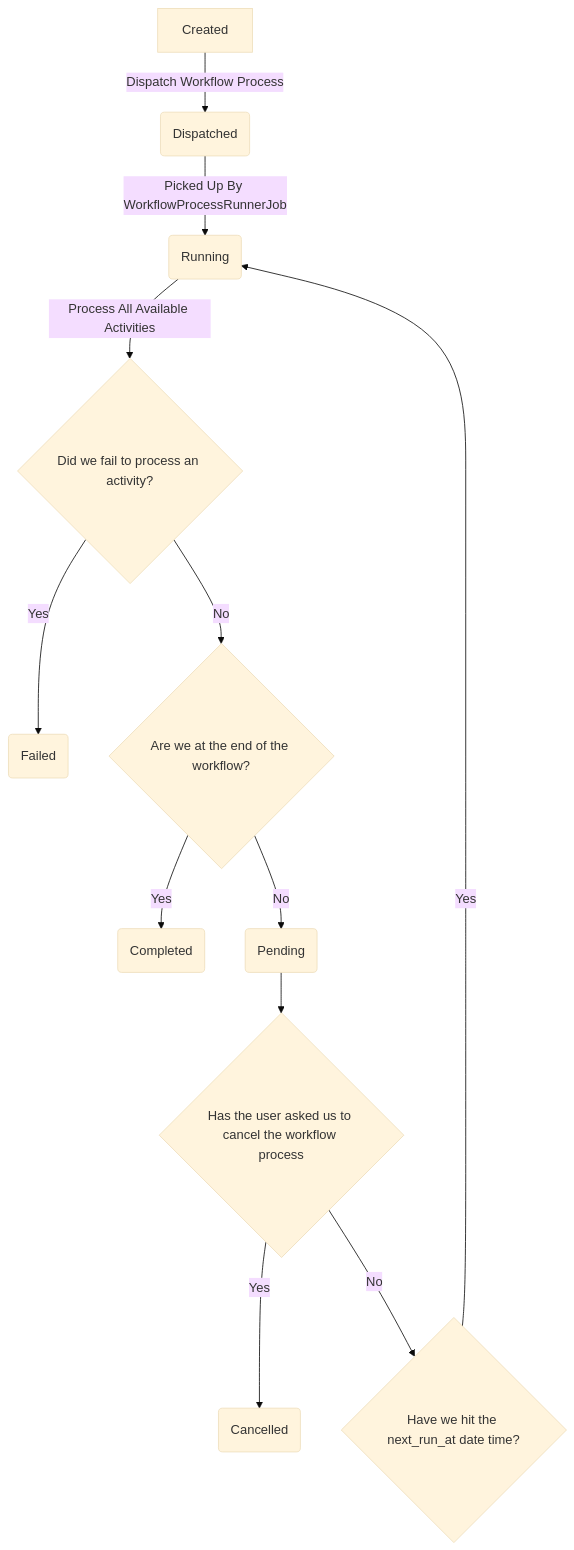
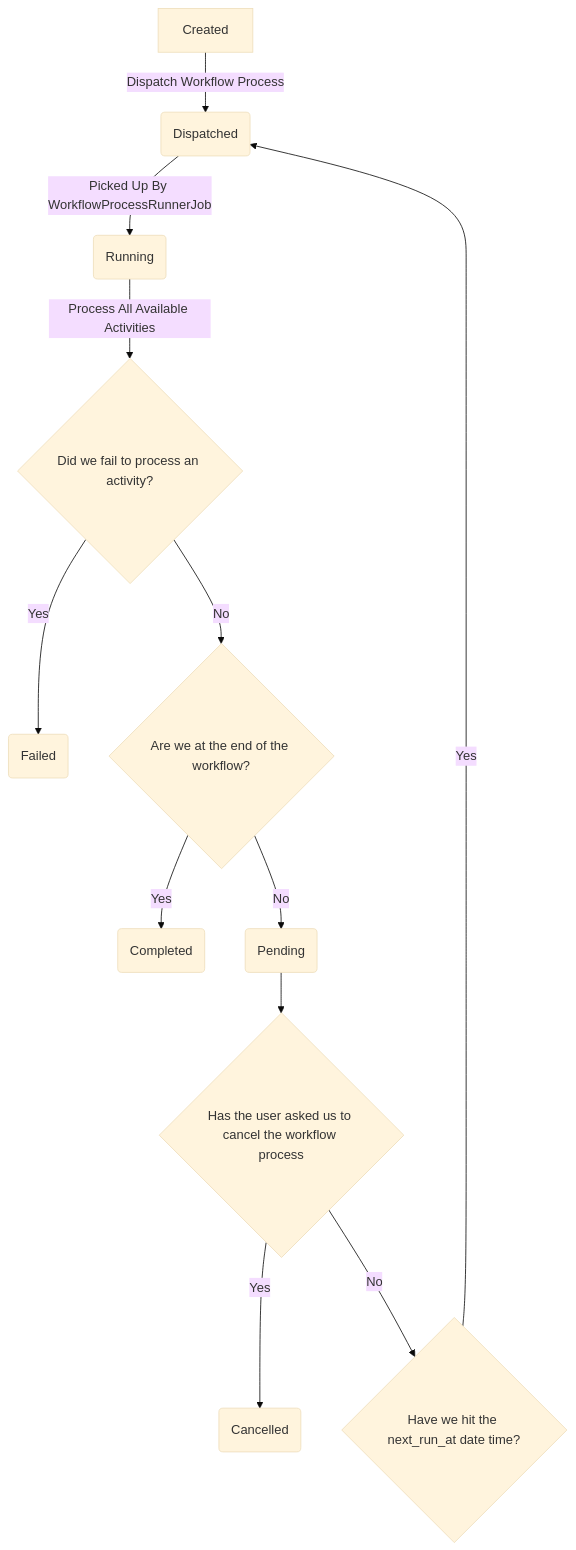
The diagram in docs/workflow-processing/workflow-process-lifecycle.md (workflowable/workflowable), drawn with Mermaid (base theme) before and after one commit.

````diff
--- a/docs/workflow-processing/workflow-process-lifecycle.md
+++ b/docs/workflow-processing/workflow-process-lifecycle.md
@@ -3,14 +3,14 @@
 ```mermaid
 flowchart TD
     A[Created] -->|Dispatch Workflow Process| B(Dispatched)
     B -->|Picked Up By WorkflowProcessRunnerJob| C(Running)
     C -->|Process All Available Activities| D{Did we fail to process an activity?}
     D -->|Yes| E(Failed)
     D -->|No| F{Are we at the end of the workflow?}
     F -->|Yes| G(Completed)
     F -->|No| H(Pending)
     H --> I{Has the user asked us to cancel the workflow process}
     I -->|Yes| J(Cancelled)
     I -->|No| K{Have we hit the next_run_at date time?}
-    K -->|Yes| C
+    K -->|Yes| B
 ```
````
